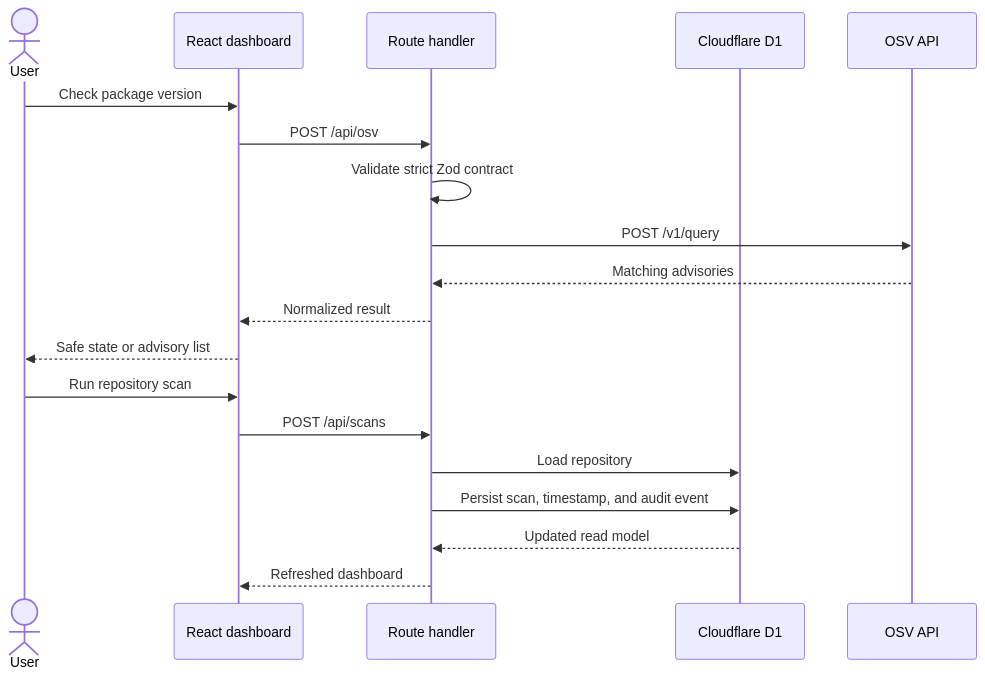
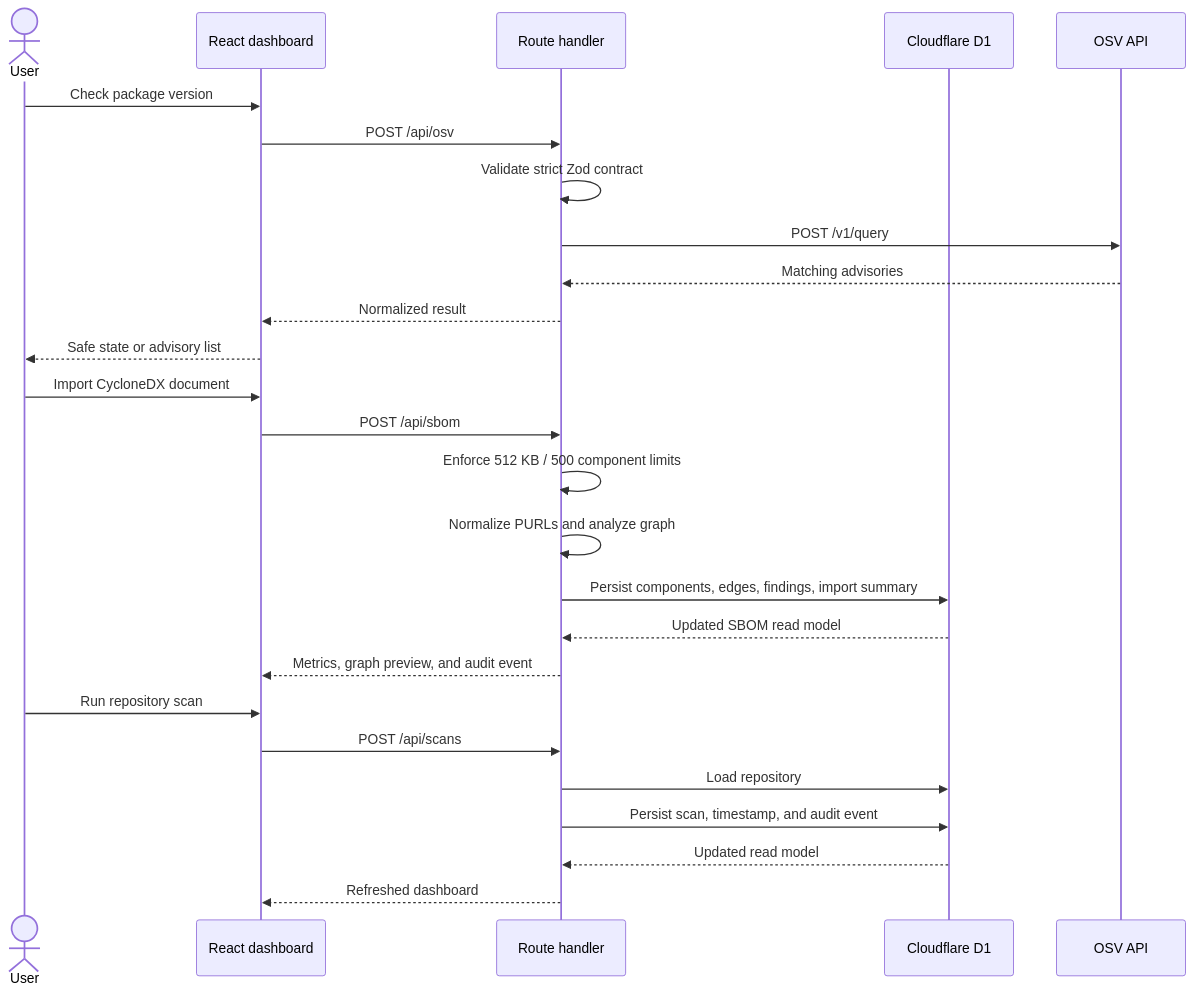
One commit to IT25101414/Own-SE- changed the diagram in docs/ARCHITECTURE.md. Above: the diagram before and after it, drawn with Mermaid. The commit also changed other lines of this file and 4 other files, not shown here.

Commit message:
docs: explain SBOM architecture and launch story

````diff
--- a/docs/ARCHITECTURE.md
+++ b/docs/ARCHITECTURE.md
@@ -24,23 +24,31 @@
 ```mermaid
 sequenceDiagram
   actor User
   participant UI as React dashboard
   participant API as Route handler
   participant D1 as Cloudflare D1
   participant OSV as OSV API
 
   User->>UI: Check package version
   UI->>API: POST /api/osv
   API->>API: Validate strict Zod contract
   API->>OSV: POST /v1/query
   OSV-->>API: Matching advisories
   API-->>UI: Normalized result
   UI-->>User: Safe state or advisory list
 
+  User->>UI: Import CycloneDX document
+  UI->>API: POST /api/sbom
+  API->>API: Enforce 512 KB / 500 component limits
+  API->>API: Normalize PURLs and analyze graph
+  API->>D1: Persist components, edges, findings, import summary
+  D1-->>API: Updated SBOM read model
+  API-->>UI: Metrics, graph preview, and audit event
+
   User->>UI: Run repository scan
   UI->>API: POST /api/scans
   API->>D1: Load repository
   API->>D1: Persist scan, timestamp, and audit event
   D1-->>API: Updated read model
   API-->>UI: Refreshed dashboard
 ```
````
